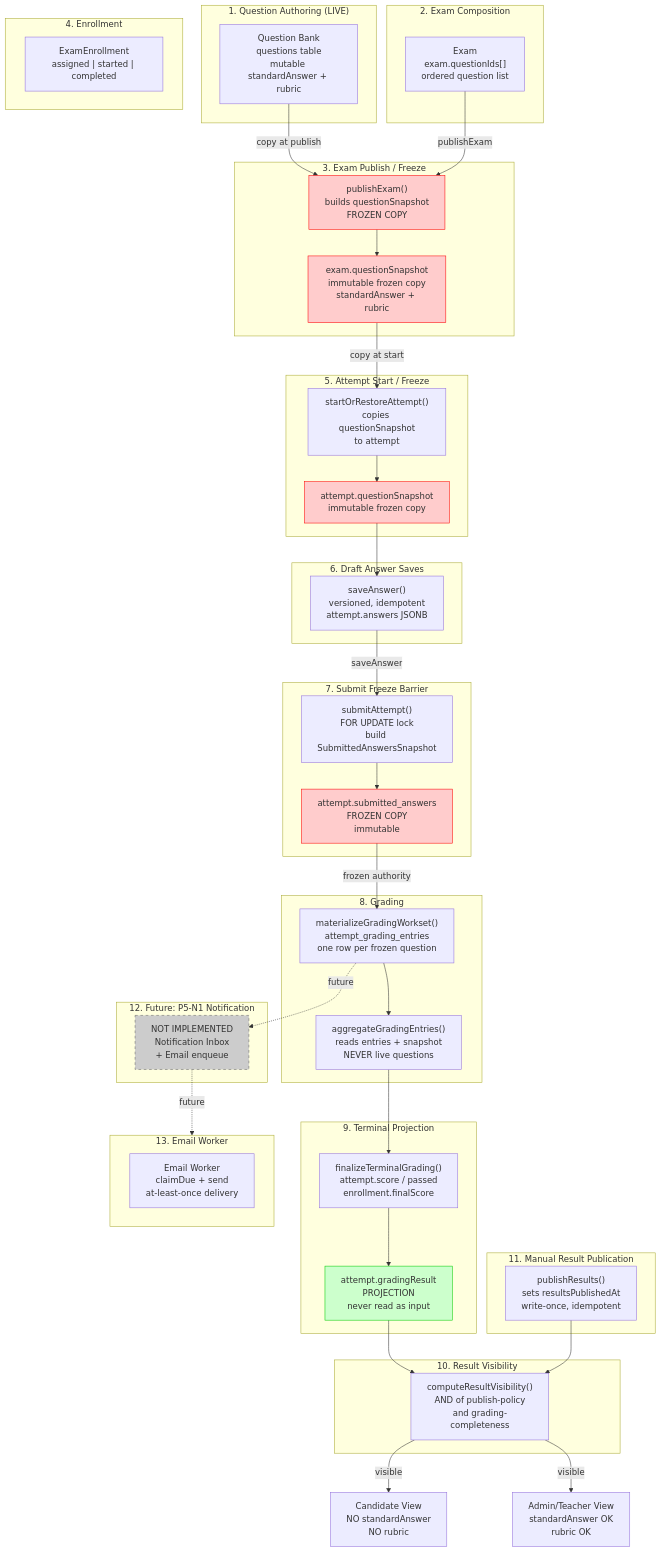
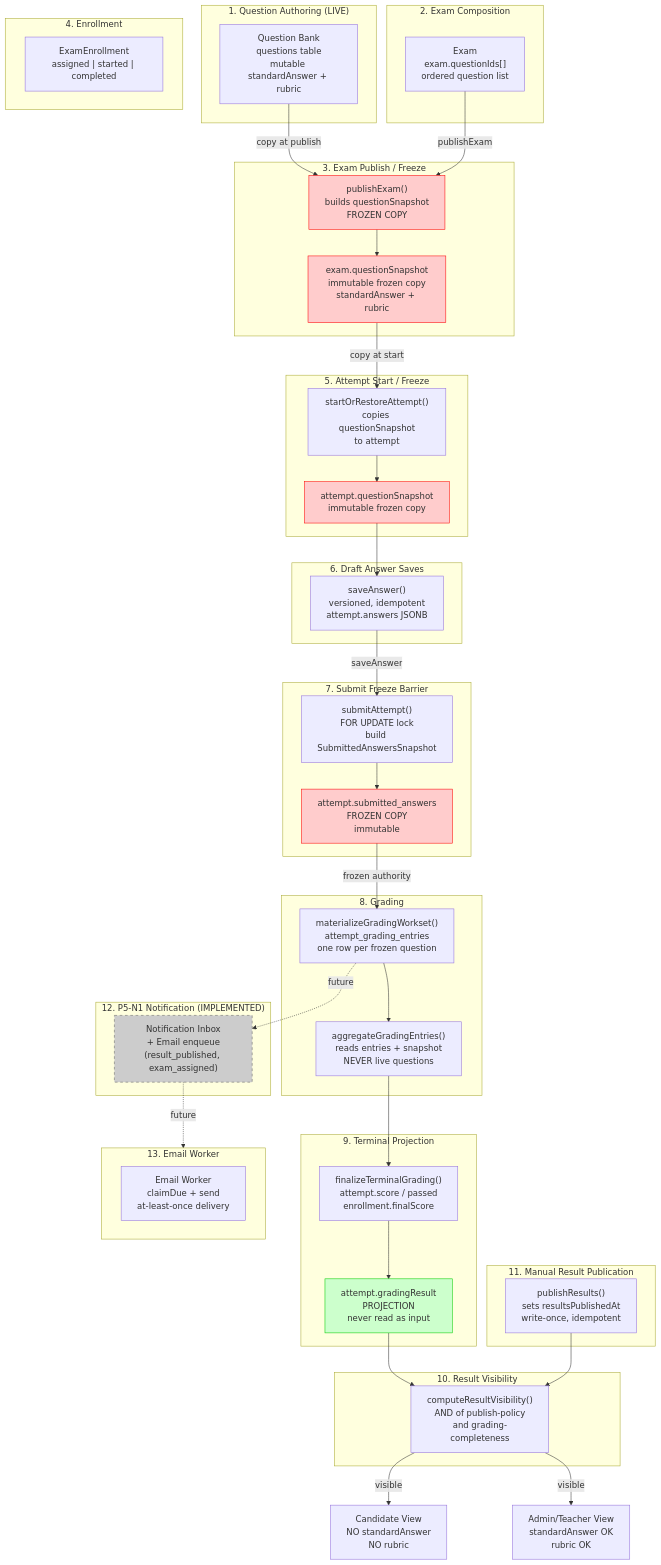
One commit to jnhu76/exam changed the third of 11 diagrams in docs/architecture/exam-system/diagrams.md. Above: the diagram before and after it, drawn with Mermaid. The commit also changed other lines of this file and 52 other files, not shown here.

```diff
--- a/docs/architecture/exam-system/diagrams.md
+++ b/docs/architecture/exam-system/diagrams.md
@@ -189,8 +191,8 @@
         PR["publishResults()<br/>sets resultsPublishedAt<br/>write-once, idempotent"]
     end
 
-    subgraph Future["12. Future: P5-N1 Notification"]
-        N["NOT IMPLEMENTED<br/>Notification Inbox<br/>+ Email enqueue"]
+    subgraph Future["12. P5-N1 Notification (IMPLEMENTED)"]
+        N["Notification Inbox<br/>+ Email enqueue<br/>(result_published, exam_assigned)"]
     end
 
     subgraph Email["13. Email Worker"]
```
